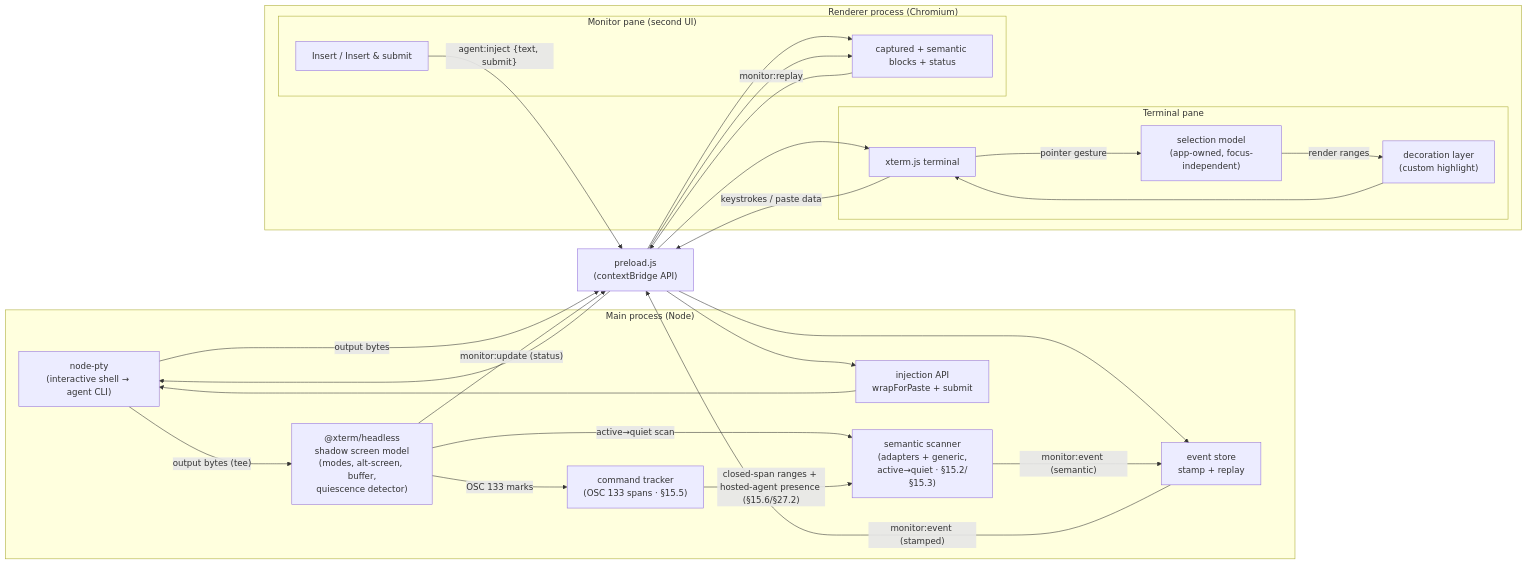
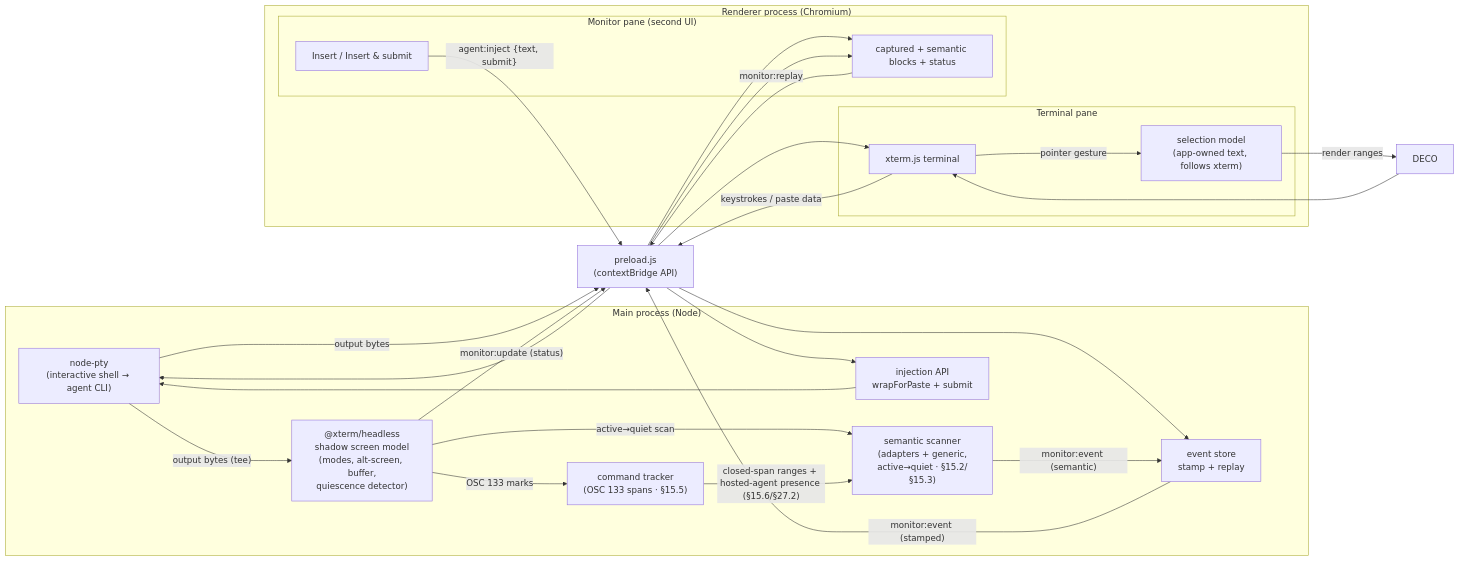
One commit to dylanb/agent-terminal changed the diagram in docs/spec/04-architecture.md. Above: the diagram before and after it, drawn with Mermaid. The commit also changed other lines of this file and 10 other files, not shown here.

First line of the commit message:
fix(renderer): drop the app-owned selection highlight; stop leaking xterm markers [skip ci]

````diff
--- a/docs/spec/04-architecture.md
+++ b/docs/spec/04-architecture.md
@@ -5,37 +5,36 @@
 ```mermaid
 flowchart LR
     subgraph Main["Main process (Node)"]
         PTY["node-pty<br/>(interactive shell → agent CLI)"]
         SHADOW["@xterm/headless<br/>shadow screen model<br/>(modes, alt-screen, buffer,<br/>quiescence detector)"]
         SCAN["semantic scanner<br/>(adapters + generic,<br/>active→quiet · §15.2/§15.3)"]
         CMD["command tracker<br/>(OSC 133 spans · §15.5)"]
         STORE["event store<br/>stamp + replay"]
         INJ["injection API<br/>wrapForPaste + submit"]
     end
     subgraph Renderer["Renderer process (Chromium)"]
         subgraph TermPane["Terminal pane"]
             XT["xterm.js terminal"]
-            SELMODEL["selection model<br/>(app-owned, focus-independent)"]
-            DECO["decoration layer<br/>(custom highlight)"]
+            SELMODEL["selection model<br/>(app-owned text, follows xterm)"]
         end
         subgraph MonPane["Monitor pane (second UI)"]
             LIST["captured + semantic blocks + status"]
             ACT["Insert / Insert & submit"]
         end
     end
     Preload["preload.js<br/>(contextBridge API)"]
 
     PTY -- "output bytes (tee)" --> SHADOW
     PTY -- "output bytes" --> Preload --> XT
     XT -- "keystrokes / paste data" --> Preload --> PTY
     XT -- "pointer gesture" --> SELMODEL
     SELMODEL -- "render ranges" --> DECO --> XT
     STORE -- "monitor:event (stamped)" --> Preload --> LIST
     LIST -- "monitor:replay" --> Preload --> STORE
     SHADOW -- "monitor:update (status)" --> Preload --> LIST
     SHADOW -- "active→quiet scan" --> SCAN
     SCAN -- "monitor:event (semantic)" --> STORE
     SHADOW -- "OSC 133 marks" --> CMD
     CMD -- "closed-span ranges + hosted-agent presence (§15.6/§27.2)" --> SCAN
     ACT -- "agent:inject {text, submit}" --> Preload --> INJ --> PTY
 ```
````
